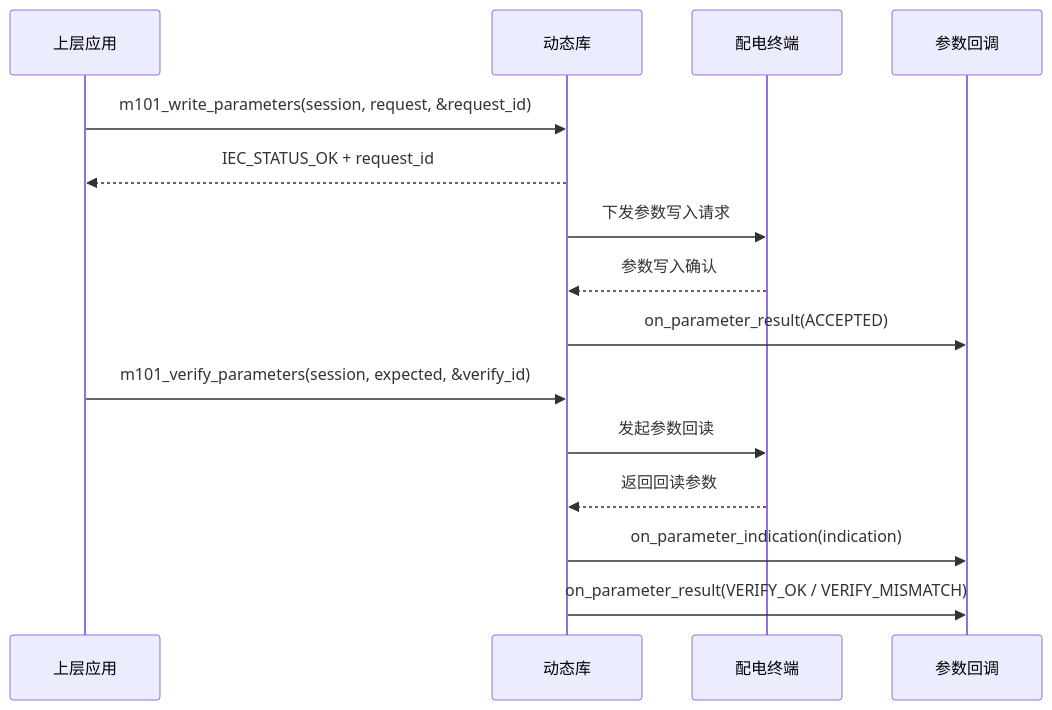
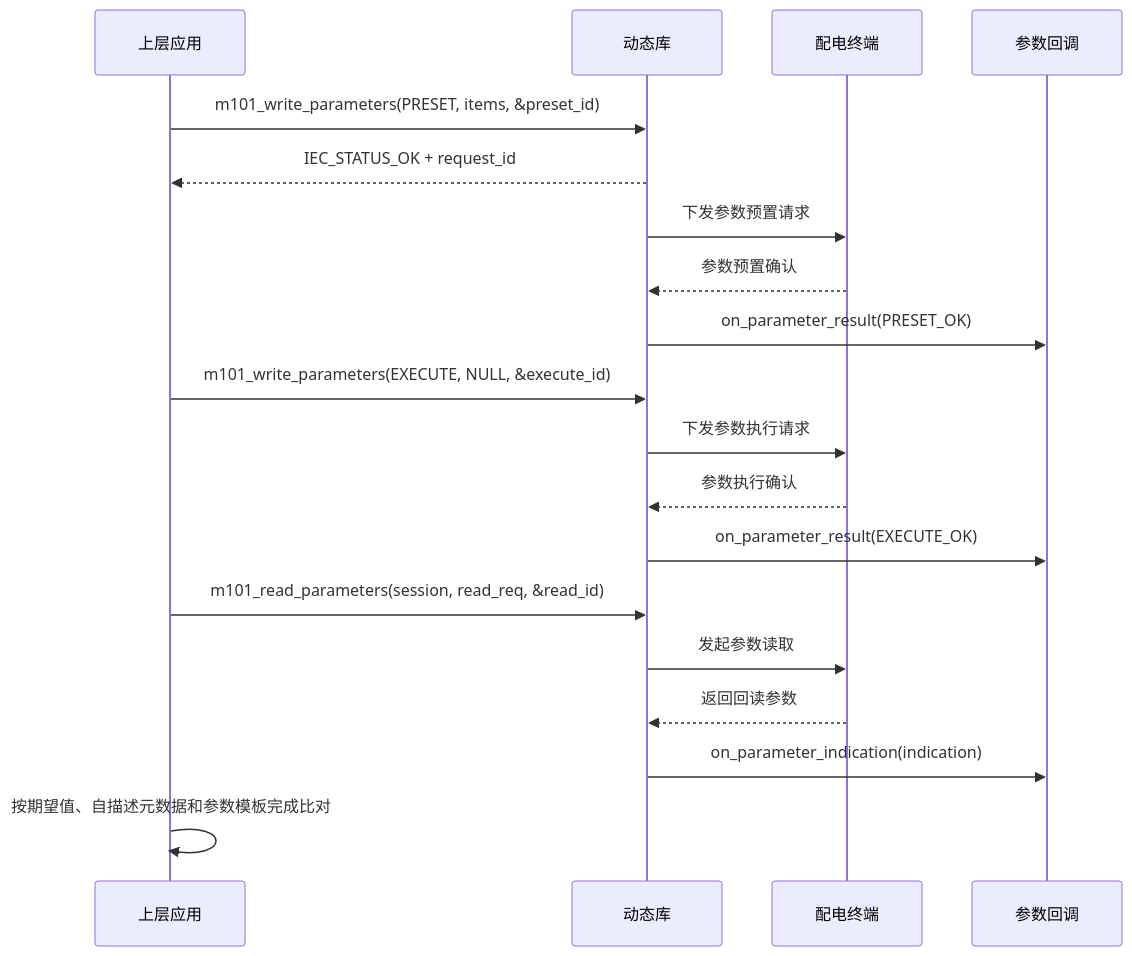
The seventh of 19 diagrams in doc/api/gw_protocol_sdk_api_design.md (CcooLcyy/gw-protocol-sdk), drawn with Mermaid before and after one commit. The commit also changed other lines of this file and 5 other files, not shown here.

````diff
--- a/doc/api/gw_protocol_sdk_api_design.md
+++ b/doc/api/gw_protocol_sdk_api_design.md
@@ -2154,18 +2024,22 @@
 ```mermaid
 sequenceDiagram
     participant 应用 as 上层应用
     participant 库 as 动态库
     participant 终端 as 配电终端
     participant 回调 as 参数回调
 
-    应用->>库: m101_write_parameters(session, request, &request_id)
+    应用->>库: m101_write_parameters(PRESET, items, &preset_id)
     库-->>应用: IEC_STATUS_OK + request_id
-    库->>终端: 下发参数写入请求
-    终端-->>库: 参数写入确认
-    库->>回调: on_parameter_result(ACCEPTED)
-    应用->>库: m101_verify_parameters(session, expected, &verify_id)
-    库->>终端: 发起参数回读
+    库->>终端: 下发参数预置请求
+    终端-->>库: 参数预置确认
+    库->>回调: on_parameter_result(PRESET_OK)
+    应用->>库: m101_write_parameters(EXECUTE, NULL, &execute_id)
+    库->>终端: 下发参数执行请求
+    终端-->>库: 参数执行确认
+    库->>回调: on_parameter_result(EXECUTE_OK)
+    应用->>库: m101_read_parameters(session, read_req, &read_id)
+    库->>终端: 发起参数读取
     终端-->>库: 返回回读参数
     库->>回调: on_parameter_indication(indication)
-    库->>回调: on_parameter_result(VERIFY_OK / VERIFY_MISMATCH)
+    应用->>应用: 按期望值、自描述元数据和参数模板完成比对
 ```
````
